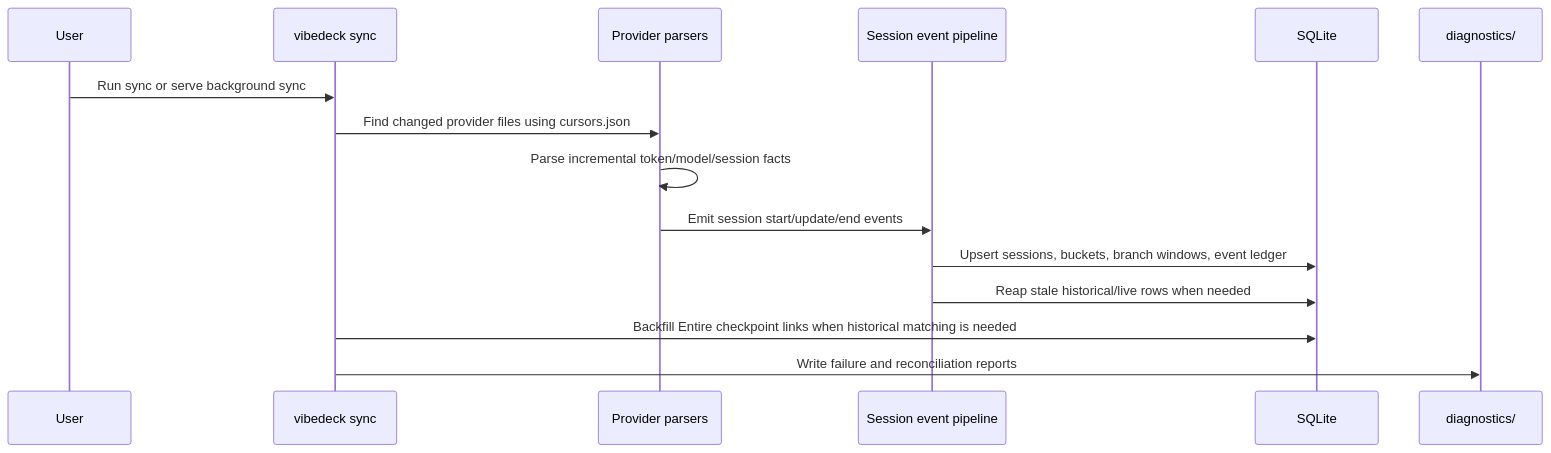
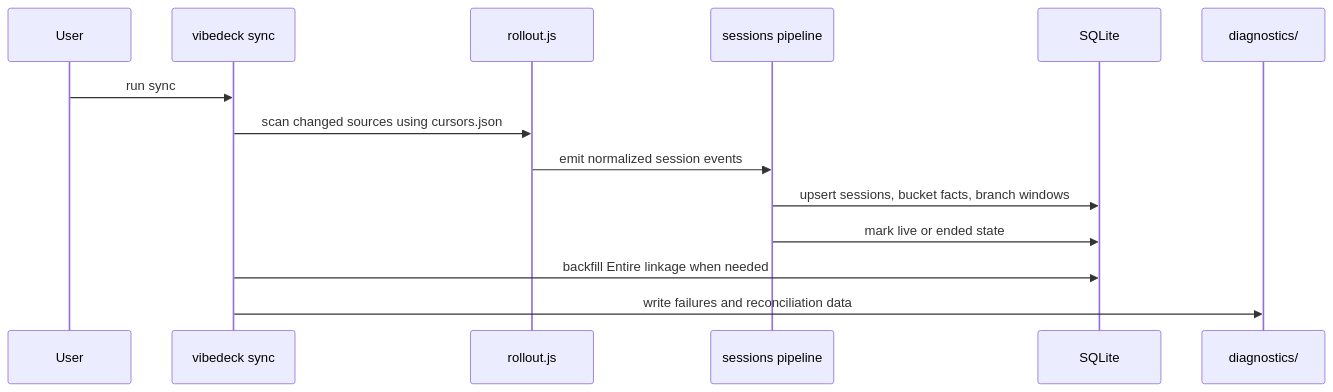
One commit to ivasuy/VibeDeck changed the fifth of 11 diagrams in docs/ARCHITECTURE.md. Above: the diagram before and after it, drawn with Mermaid. The commit also changed other lines of this file and 42 other files, not shown here.

````diff
--- a/docs/ARCHITECTURE.md
+++ b/docs/ARCHITECTURE.md
@@ -187,18 +228,17 @@
 ```mermaid
 sequenceDiagram
   participant User
   participant CLI as vibedeck sync
-  participant Parsers as Provider parsers
-  participant Events as Session event pipeline
+  participant Parsers as rollout.js
+  participant Sessions as sessions pipeline
   participant DB as SQLite
   participant Diagnostics as diagnostics/
 
-  User->>CLI: Run sync or serve background sync
-  CLI->>Parsers: Find changed provider files using cursors.json
-  Parsers->>Parsers: Parse incremental token/model/session facts
-  Parsers->>Events: Emit session start/update/end events
-  Events->>DB: Upsert sessions, buckets, branch windows, event ledger
-  Events->>DB: Reap stale historical/live rows when needed
-  CLI->>DB: Backfill Entire checkpoint links when historical matching is needed
-  CLI->>Diagnostics: Write failure and reconciliation reports
+  User->>CLI: run sync
+  CLI->>Parsers: scan changed sources using cursors.json
+  Parsers->>Sessions: emit normalized session events
+  Sessions->>DB: upsert sessions, bucket facts, branch windows
+  Sessions->>DB: mark live or ended state
+  CLI->>DB: backfill Entire linkage when needed
+  CLI->>Diagnostics: write failures and reconciliation data
 ```
````
